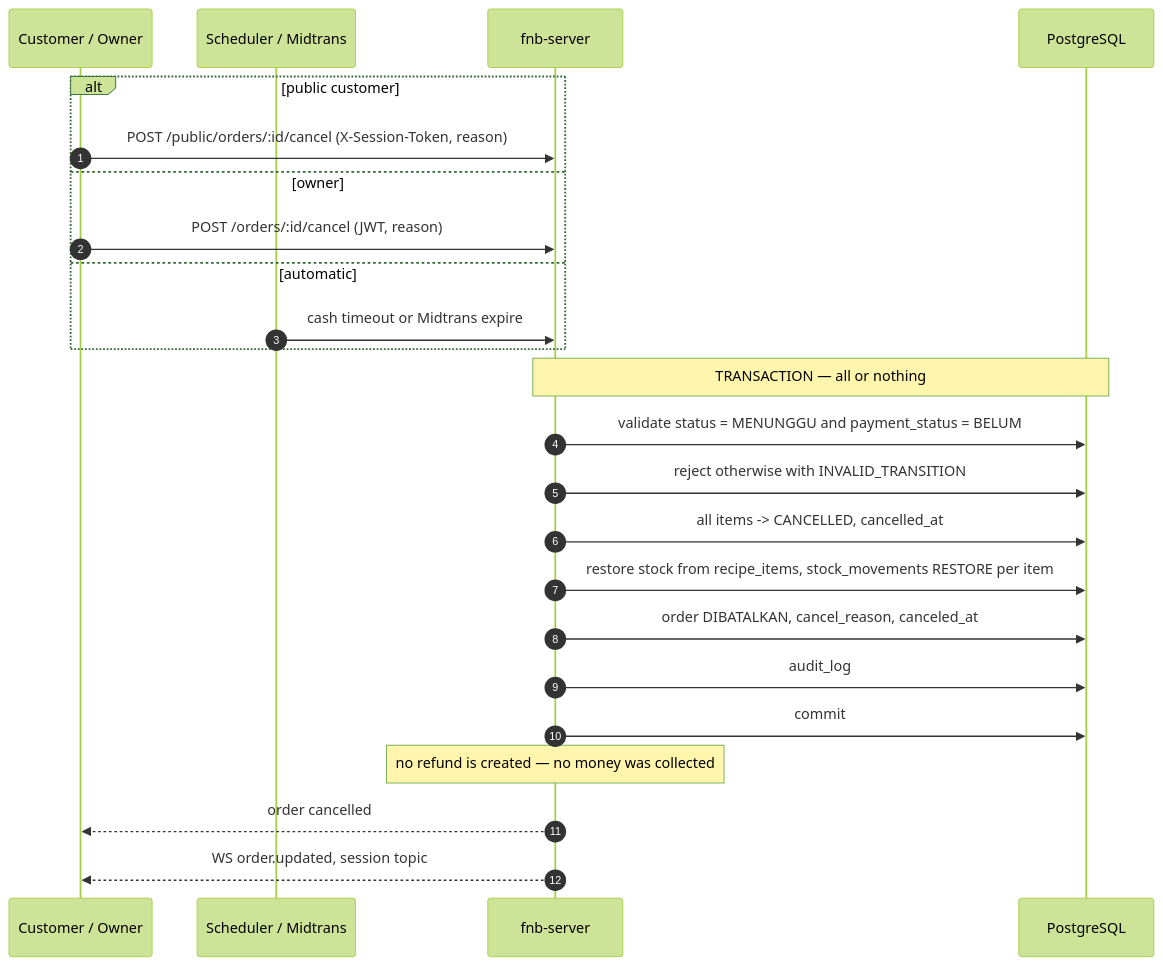
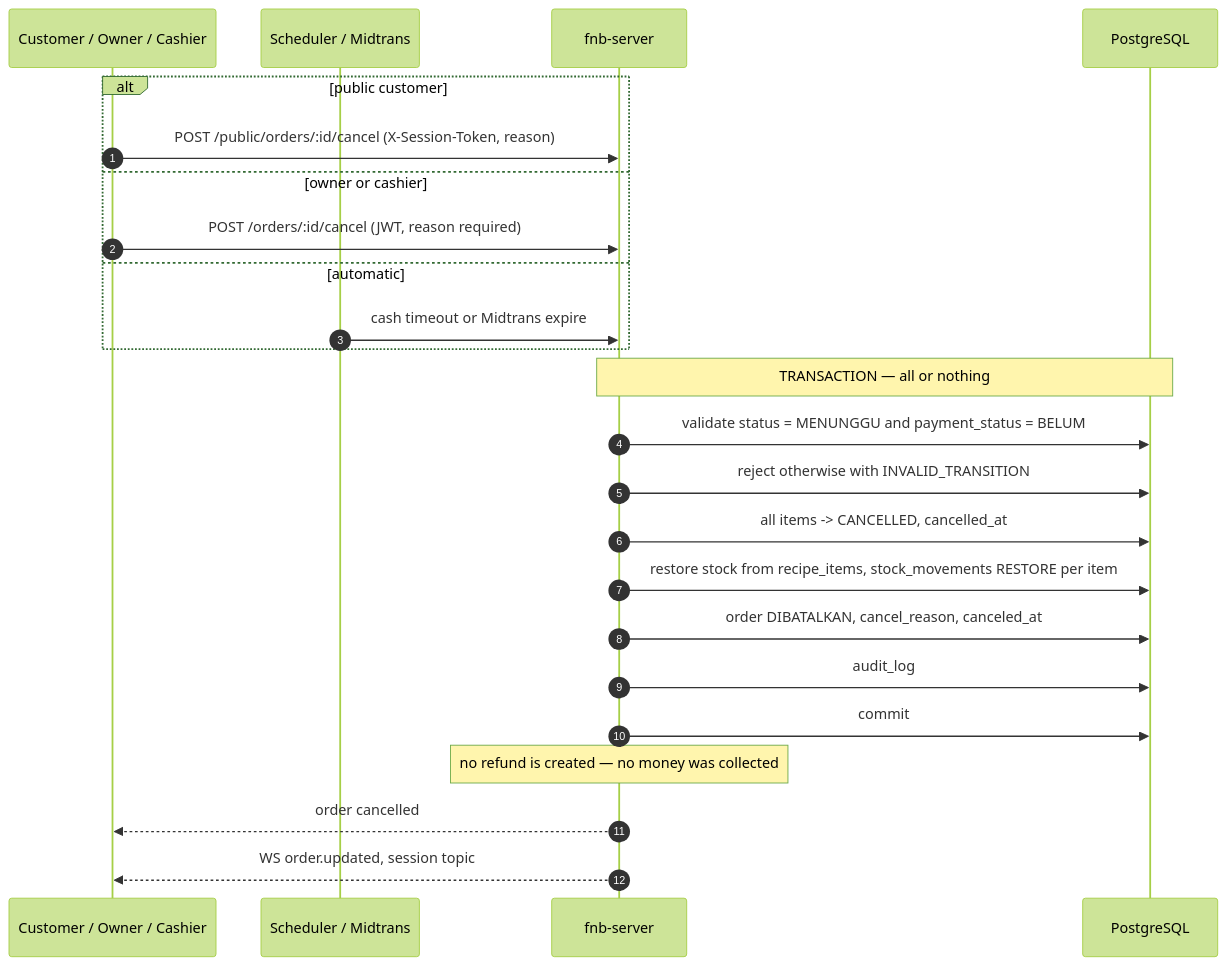
The fifth of 12 diagrams in docs/flow.md (darmawandoni6/fnb-app), drawn with Mermaid (forest theme) before and after one commit. The commit also changed other lines of this file and 18 other files, not shown here.

First line of the commit message:
feat(orders): let owner create take away orders and cashier cancel unpaid ones

````diff
--- a/docs/flow.md
+++ b/docs/flow.md
@@ -151,29 +151,29 @@
 ```mermaid
 sequenceDiagram
     autonumber
-    participant A as Customer / Owner
+    participant A as Customer / Owner / Cashier
     participant S as Scheduler / Midtrans
     participant API as fnb-server
     participant DB as PostgreSQL
 
     alt public customer
         A->>API: POST /public/orders/:id/cancel (X-Session-Token, reason)
-    else owner
-        A->>API: POST /orders/:id/cancel (JWT, reason)
+    else owner or cashier
+        A->>API: POST /orders/:id/cancel (JWT, reason required)
     else automatic
         S->>API: cash timeout or Midtrans expire
     end
 
     Note over API,DB: TRANSACTION — all or nothing
     API->>DB: validate status = MENUNGGU and payment_status = BELUM
     API->>DB: reject otherwise with INVALID_TRANSITION
     API->>DB: all items -> CANCELLED, cancelled_at
     API->>DB: restore stock from recipe_items, stock_movements RESTORE per item
     API->>DB: order DIBATALKAN, cancel_reason, canceled_at
     API->>DB: audit_log
     API->>DB: commit
 
     Note over API: no refund is created — no money was collected
     API-->>A: order cancelled
     API-->>A: WS order.updated, session topic
 ```
````
